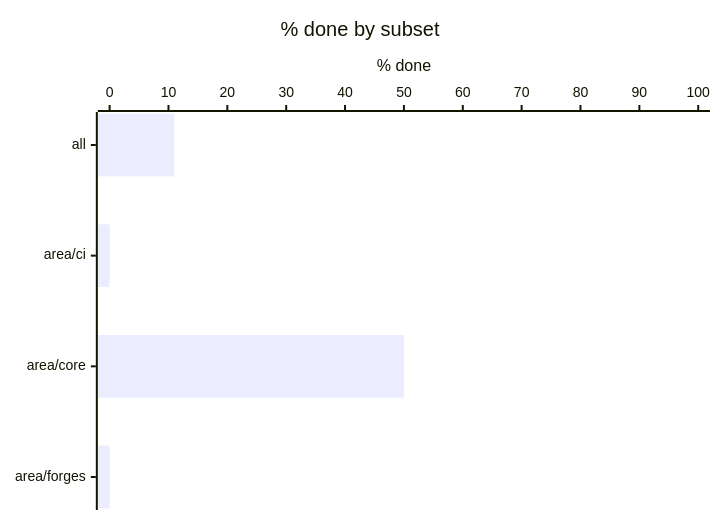
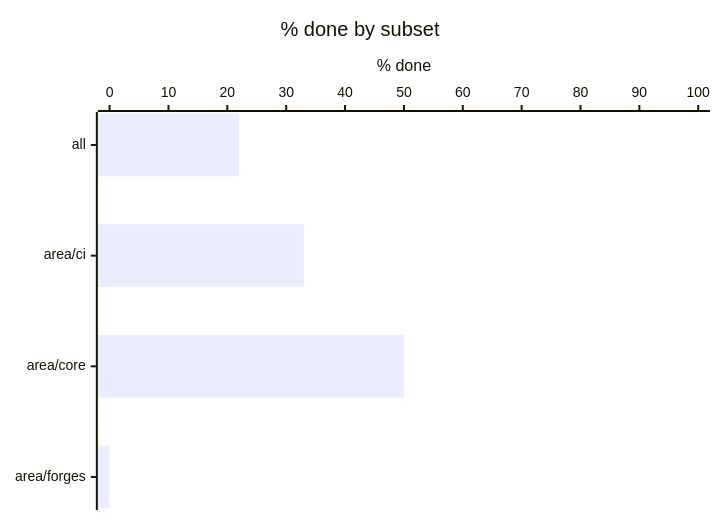
Before and after one commit to bvraghav/pmtrack: the first of 5 diagrams in progress/README.md, drawn with Mermaid. The commit also changed other lines of this file and 5 other files, not shown here.

````diff
--- a/progress/README.md
+++ b/progress/README.md
@@ -5,7 +5,7 @@
 ```mermaid
 xychart-beta horizontal
   title "% done by subset"
   x-axis ["all", "area/ci", "area/core", "area/forges"]
   y-axis "% done" 0 --> 100
-  bar [11, 0, 50, 0]
+  bar [22, 33, 50, 0]
 ```
````
